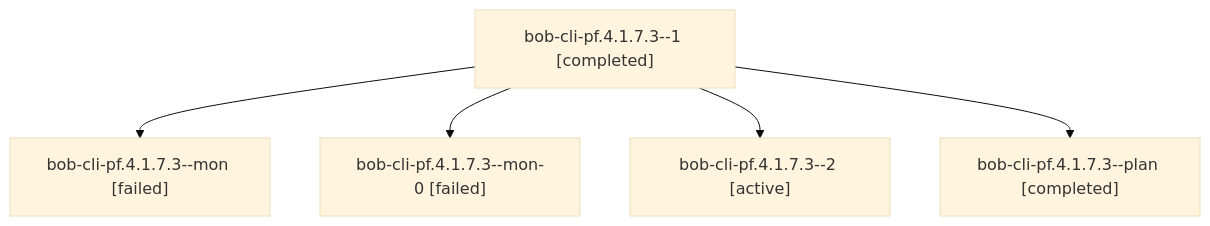
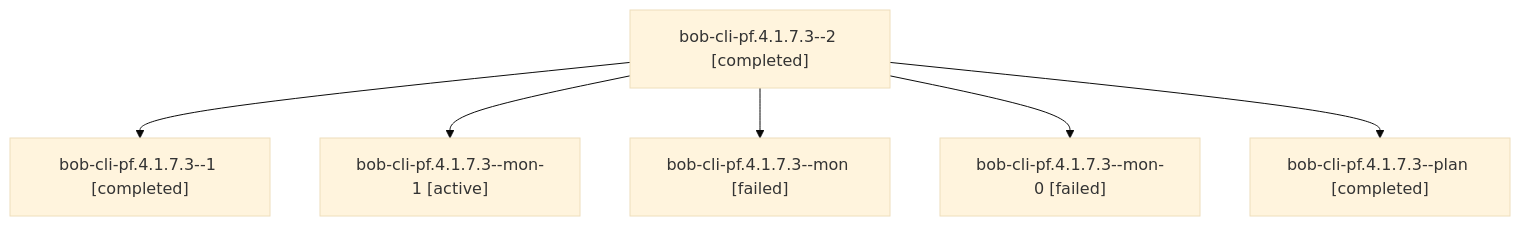
The diagram in sessions/bbugyi200.apollo.bob-cli-pf.4.1.7.3.md (bobs-org/bob-cli--agents), drawn with Mermaid (base theme) before and after one commit. The commit also changed other lines of this file and 104 other files, not shown here.

````diff
--- a/sessions/bbugyi200.apollo.bob-cli-pf.4.1.7.3.md
+++ b/sessions/bbugyi200.apollo.bob-cli-pf.4.1.7.3.md
@@ -9,12 +9,14 @@
 ```mermaid
 flowchart TD
-  n0["bob-cli-pf.4.1.7.3--1 [completed]"]
-  n1["bob-cli-pf.4.1.7.3--mon [failed]"]
+  n0["bob-cli-pf.4.1.7.3--2 [completed]"]
+  n1["bob-cli-pf.4.1.7.3--1 [completed]"]
   n0 --> n1
-  n2["bob-cli-pf.4.1.7.3--mon-0 [failed]"]
+  n2["bob-cli-pf.4.1.7.3--mon-1 [active]"]
   n0 --> n2
-  n3["bob-cli-pf.4.1.7.3--2 [active]"]
+  n3["bob-cli-pf.4.1.7.3--mon [failed]"]
   n0 --> n3
-  n4["bob-cli-pf.4.1.7.3--plan [completed]"]
+  n4["bob-cli-pf.4.1.7.3--mon-0 [failed]"]
   n0 --> n4
+  n5["bob-cli-pf.4.1.7.3--plan [completed]"]
+  n0 --> n5
 ```
````
